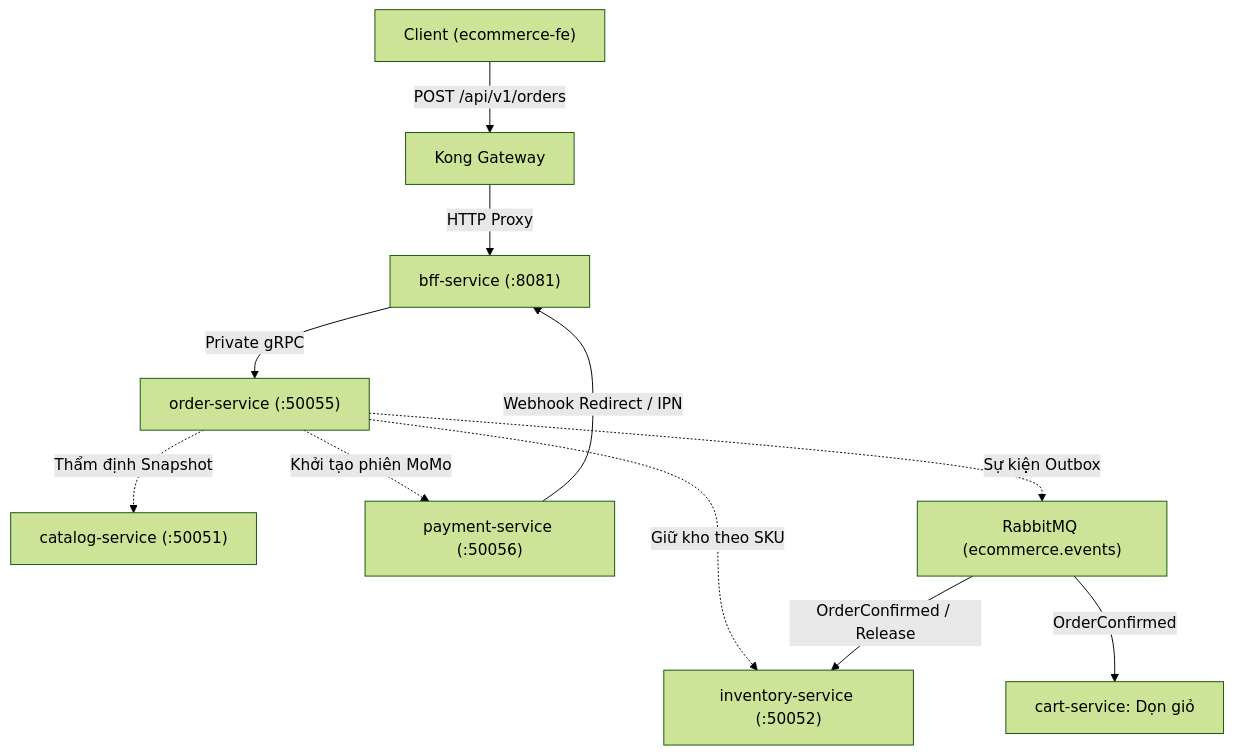
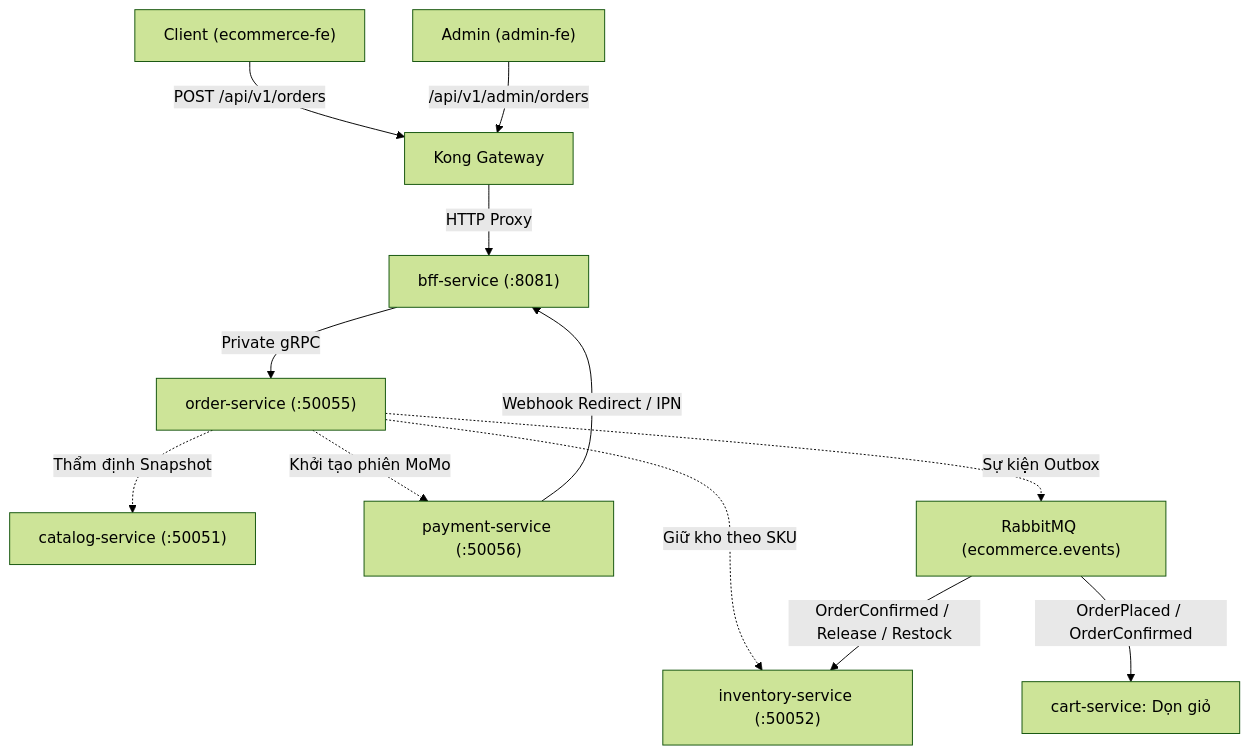
The first of 4 diagrams in docs/order-checkout-mechanisms-analysis.md (tuoitho/dreamshop), drawn with Mermaid (forest theme) before and after one commit. The commit also changed other lines of this file and 16 other files, not shown here.

Commit message:
fix(order,cart): harden checkout saga steps, docs, and test scripts

````diff
--- a/docs/order-checkout-mechanisms-analysis.md
+++ b/docs/order-checkout-mechanisms-analysis.md
@@ -14,13 +15,14 @@
 ```mermaid
 flowchart TD
     Browser["Client (ecommerce-fe)"] -->|POST /api/v1/orders| Kong["Kong Gateway"]
     Kong -->|HTTP Proxy| BFF["bff-service (:8081)"]
     BFF -->|Private gRPC| Order["order-service (:50055)"]
     Order -.->|Thẩm định Snapshot| Catalog["catalog-service (:50051)"]
     Order -.->|Giữ kho theo SKU| Inventory["inventory-service (:50052)"]
     Order -.->|Khởi tạo phiên MoMo| Payment["payment-service (:50056)"]
     Order -.->|Sự kiện Outbox| RMQ["RabbitMQ (ecommerce.events)"]
-    RMQ -->|OrderConfirmed| Cart["cart-service: Dọn giỏ"]
-    RMQ -->|OrderConfirmed / Release| Inventory
+    RMQ -->|OrderPlaced / OrderConfirmed| Cart["cart-service: Dọn giỏ"]
+    RMQ -->|OrderConfirmed / Release / Restock| Inventory
     Payment -->|Webhook Redirect / IPN| BFF
+    Admin["Admin (admin-fe)"] -->|/api/v1/admin/orders| Kong
 ```
````
